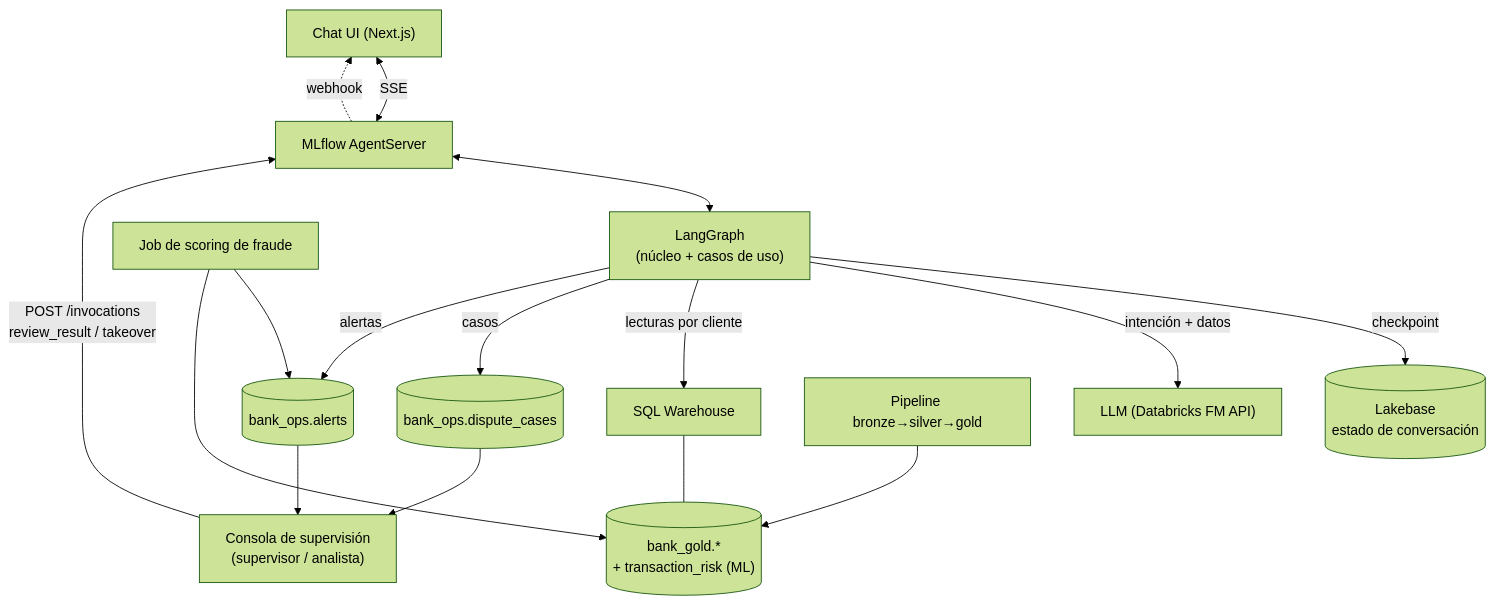
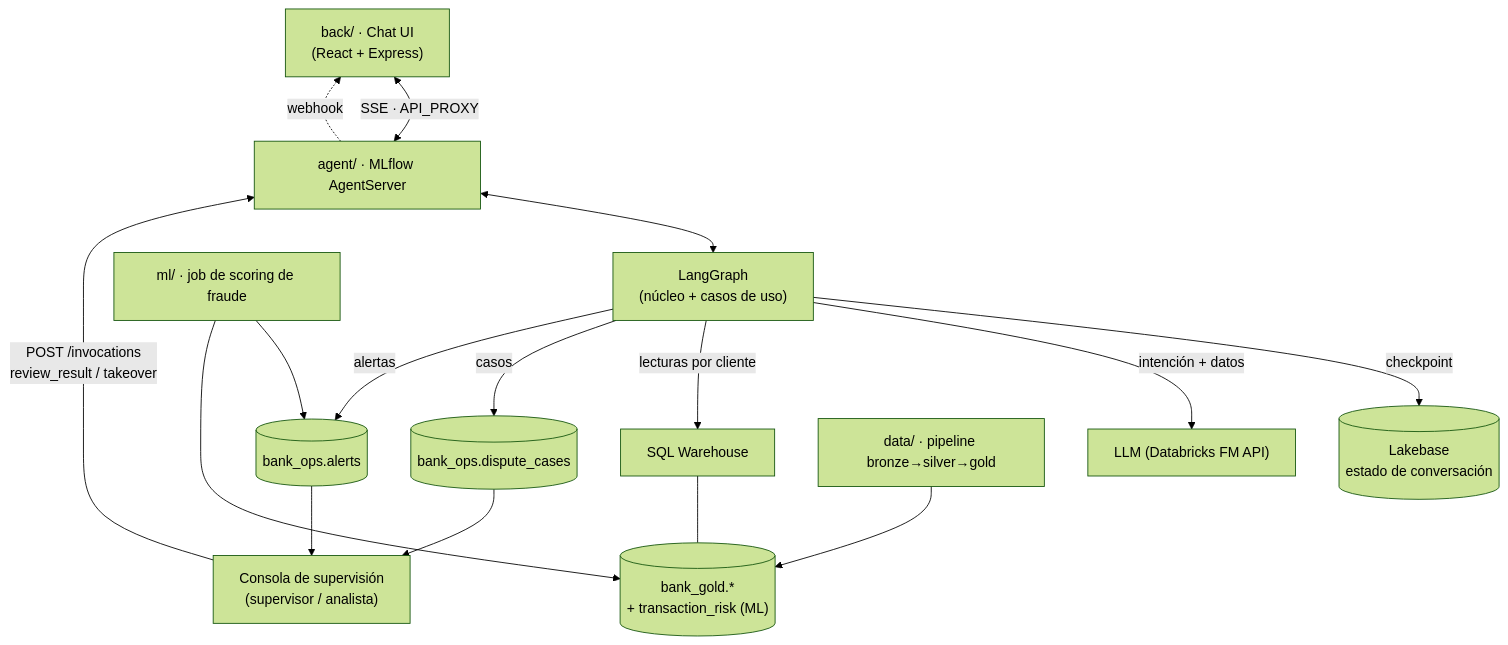
The first of 4 diagrams in docs/agent_architecture.md (pqbas/factored-hackathon-2026-zenit), drawn with Mermaid (forest theme) before and after one commit. The commit also changed 1 other file, not shown here.

Commit message:
README: architecture diagram of the current system
Shows back/ and agent/ as separate apps, LLM, Lakebase, Unity Catalog
tables, data pipeline, and the planned ml/ scoring and supervisor loop.

````diff
--- a/docs/agent_architecture.md
+++ b/docs/agent_architecture.md
@@ -15,18 +15,18 @@
 ```mermaid
 flowchart TB
-    UI["Chat UI (Next.js)"] <-->|SSE| AS["MLflow AgentServer"]
+    UI["back/ · Chat UI<br/>(React + Express)"] <-->|"SSE · API_PROXY"| AS["agent/ · MLflow AgentServer"]
     AS <--> G["LangGraph<br/>(núcleo + casos de uso)"]
     G -->|checkpoint| LB[("Lakebase<br/>estado de conversación")]
     G -->|intención + datos| LLM["LLM (Databricks FM API)"]
     G -->|lecturas por cliente| WH["SQL Warehouse"]
     WH --- GOLD[("bank_gold.*<br/>+ transaction_risk (ML)")]
     G -->|casos| OPS[("bank_ops.dispute_cases")]
     G -->|alertas| AL[("bank_ops.alerts")]
     ML --> AL
     AL --> CON["Consola de supervisión<br/>(supervisor / analista)"]
     OPS --> CON
     CON -->|"POST /invocations<br/>review_result / takeover"| AS
     AS -.->|webhook| UI
-    DATA["Pipeline bronze→silver→gold"] --> GOLD
-    ML["Job de scoring de fraude"] --> GOLD
+    DATA["data/ · pipeline bronze→silver→gold"] --> GOLD
+    ML["ml/ · job de scoring de fraude"] --> GOLD
 ```
````
